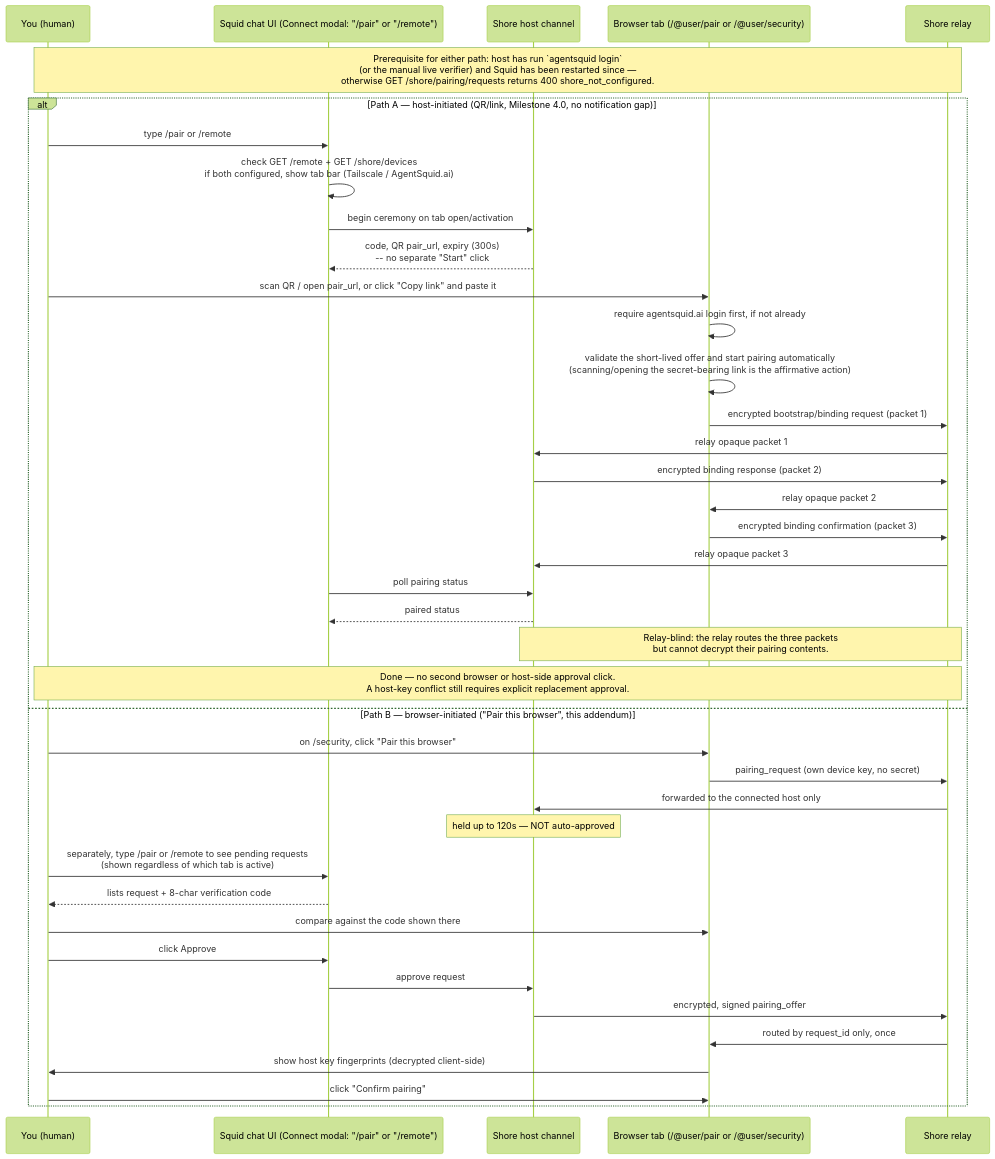
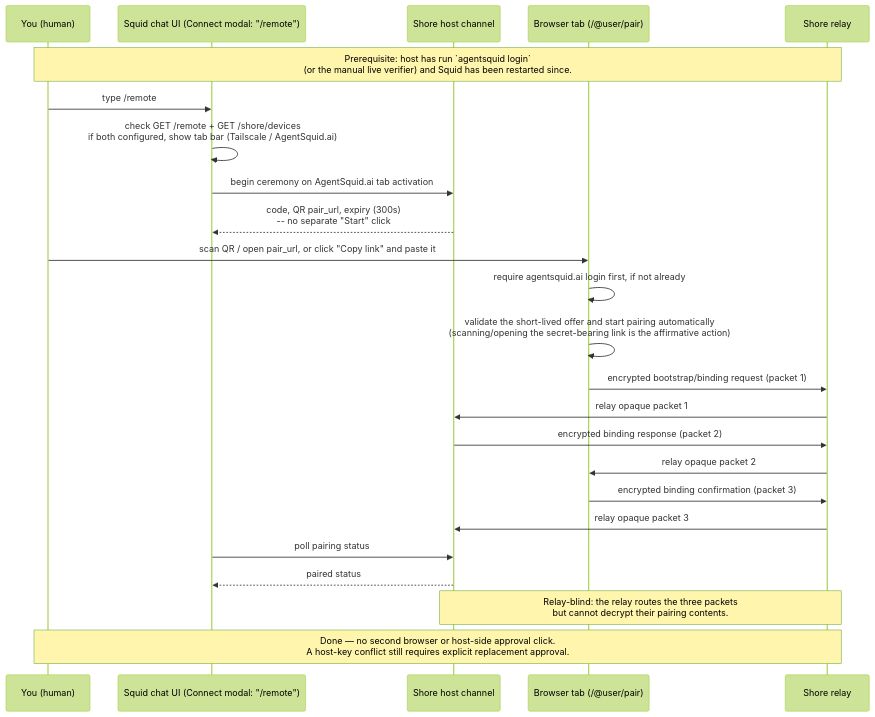
One commit to agent-squid/squid changed the first of 2 diagrams in docs/plans/adr-0039-implementation-log.md. Above: the diagram before and after it, drawn with Mermaid (forest theme). The commit also changed other lines of this file, not shown here.

First line of the commit message:
docs(adr-0039): record pairing simplification to single /remote path

````diff
--- a/docs/plans/adr-0039-implementation-log.md
+++ b/docs/plans/adr-0039-implementation-log.md
@@ -429,44 +434,28 @@
 ```mermaid
 sequenceDiagram
     participant You as You (human)
-    participant UI as Squid chat UI (Connect modal: "/pair" or "/remote")
+    participant UI as Squid chat UI (Connect modal: "/remote")
     participant Host as Shore host channel
-    participant Browser as Browser tab (/@user/pair or /@user/security)
+    participant Browser as Browser tab (/@user/pair)
     participant Relay as Shore relay
 
-    Note over You,Relay: Prerequisite for either path: host has run `agentsquid login`<br/>(or the manual live verifier) and Squid has been restarted since —<br/>otherwise GET /shore/pairing/requests returns 400 shore_not_configured.
+    Note over You,Relay: Prerequisite: host has run `agentsquid login`<br/>(or the manual live verifier) and Squid has been restarted since.
 
-    alt Path A — host-initiated (QR/link, Milestone 4.0, no notification gap)
-        You->>UI: type /pair or /remote
-        UI->>UI: check GET /remote + GET /shore/devices<br/>if both configured, show tab bar (Tailscale / AgentSquid.ai)
-        UI->>Host: begin ceremony on tab open/activation
-        Host-->>UI: code, QR pair_url, expiry (300s)<br/>-- no separate "Start" click
-        You->>Browser: scan QR / open pair_url, or click "Copy link" and paste it
-        Browser->>Browser: require agentsquid.ai login first, if not already
-        Browser->>Browser: validate the short-lived offer and start pairing automatically<br/>(scanning/opening the secret-bearing link is the affirmative action)
-        Browser->>Relay: encrypted bootstrap/binding request (packet 1)
-        Relay->>Host: relay opaque packet 1
-        Host->>Relay: encrypted binding response (packet 2)
-        Relay->>Browser: relay opaque packet 2
-        Browser->>Relay: encrypted binding confirmation (packet 3)
-        Relay->>Host: relay opaque packet 3
-        UI->>Host: poll pairing status
-        Host-->>UI: paired status
-        Note over Host,Relay: Relay-blind: the relay routes the three packets<br/>but cannot decrypt their pairing contents.
-        Note over You,Relay: Done — no second browser or host-side approval click.<br/>A host-key conflict still requires explicit replacement approval.
-    else Path B — browser-initiated ("Pair this browser", this addendum)
-        You->>Browser: on /security, click "Pair this browser"
-        Browser->>Relay: pairing_request (own device key, no secret)
-        Relay->>Host: forwarded to the connected host only
-        Note over Host: held up to 120s — NOT auto-approved
-        You->>UI: separately, type /pair or /remote to see pending requests<br/>(shown regardless of which tab is active)
-        UI-->>You: lists request + 8-char verification code
-        You->>Browser: compare against the code shown there
-        You->>UI: click Approve
-        UI->>Host: approve request
-        Host->>Relay: encrypted, signed pairing_offer
-        Relay->>Browser: routed by request_id only, once
-        Browser->>You: show host key fingerprints (decrypted client-side)
-        You->>Browser: click "Confirm pairing"
-    end
+    You->>UI: type /remote
+    UI->>UI: check GET /remote + GET /shore/devices<br/>if both configured, show tab bar (Tailscale / AgentSquid.ai)
+    UI->>Host: begin ceremony on AgentSquid.ai tab activation
+    Host-->>UI: code, QR pair_url, expiry (300s)<br/>-- no separate "Start" click
+    You->>Browser: scan QR / open pair_url, or click "Copy link" and paste it
+    Browser->>Browser: require agentsquid.ai login first, if not already
+    Browser->>Browser: validate the short-lived offer and start pairing automatically<br/>(scanning/opening the secret-bearing link is the affirmative action)
+    Browser->>Relay: encrypted bootstrap/binding request (packet 1)
+    Relay->>Host: relay opaque packet 1
+    Host->>Relay: encrypted binding response (packet 2)
+    Relay->>Browser: relay opaque packet 2
+    Browser->>Relay: encrypted binding confirmation (packet 3)
+    Relay->>Host: relay opaque packet 3
+    UI->>Host: poll pairing status
+    Host-->>UI: paired status
+    Note over Host,Relay: Relay-blind: the relay routes the three packets<br/>but cannot decrypt their pairing contents.
+    Note over You,Relay: Done — no second browser or host-side approval click.<br/>A host-key conflict still requires explicit replacement approval.
 ```
````
